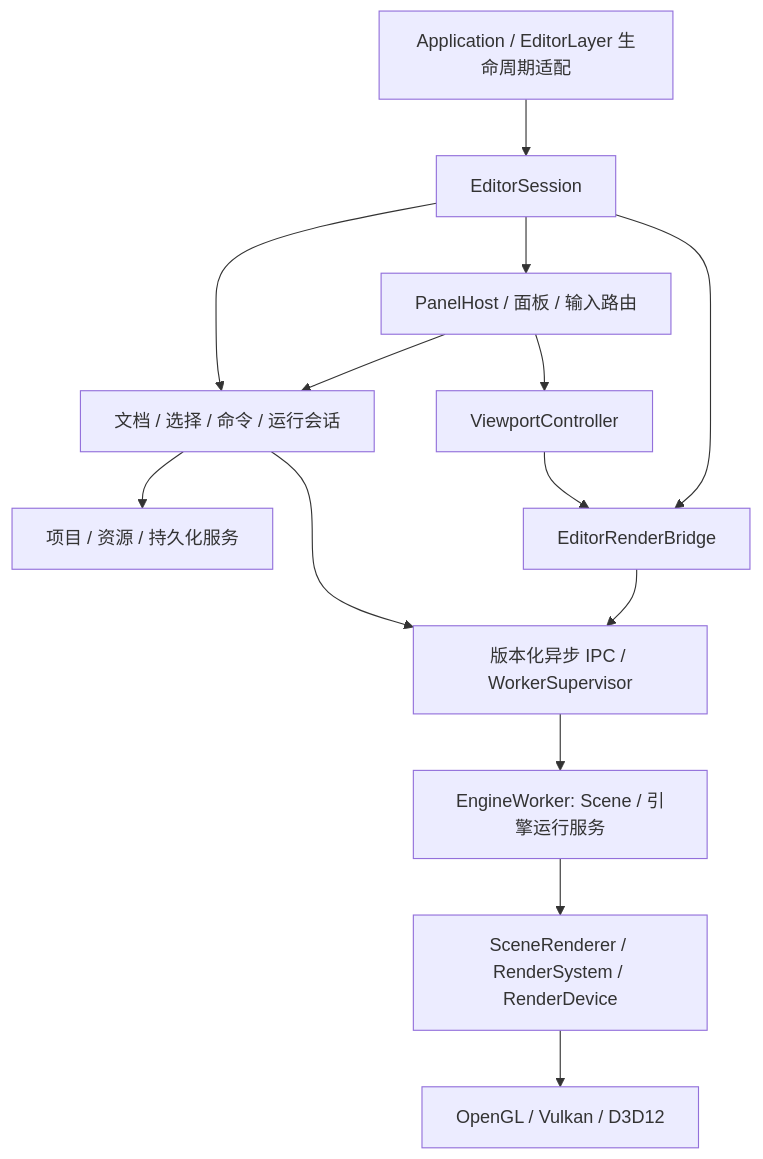
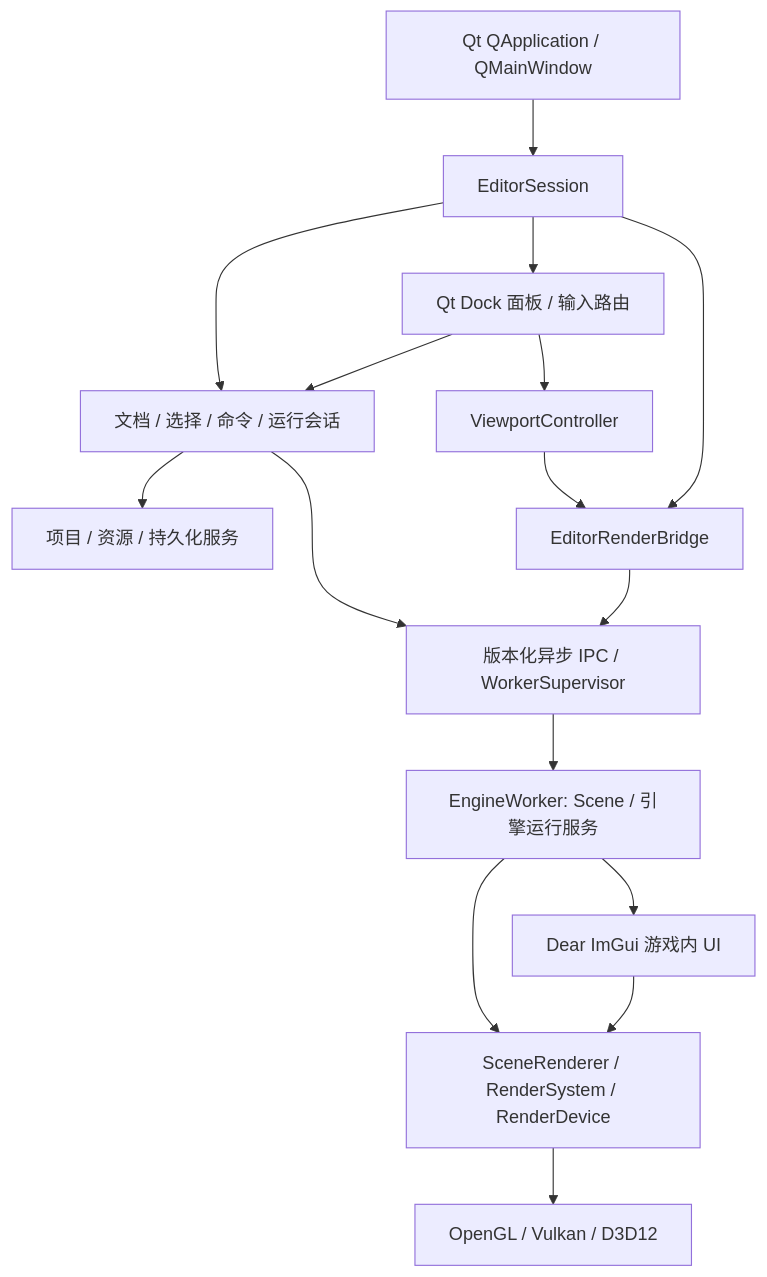
The diagram in Documentation/Architecture/Editor.md (Hidehiii/GEngine), drawn with Mermaid before and after one commit. The commit also changed other lines of this file and 10 other files, not shown here.

````diff
--- a/Documentation/Architecture/Editor.md
+++ b/Documentation/Architecture/Editor.md
@@ -43,16 +85,18 @@
 ```mermaid
 flowchart TD
-    App[Application / EditorLayer 生命周期适配] --> Session[EditorSession]
+    App[Qt QApplication / QMainWindow] --> Session[EditorSession]
     Session --> Core[文档 / 选择 / 命令 / 运行会话]
-    Session --> UI[PanelHost / 面板 / 输入路由]
+    Session --> UI[Qt Dock 面板 / 输入路由]
     UI --> Core
     Session --> Bridge[EditorRenderBridge]
     UI --> View[ViewportController]
     View --> Bridge
     Core --> Services[项目 / 资源 / 持久化服务]
     Core --> IPC[版本化异步 IPC / WorkerSupervisor]
     Bridge --> IPC
     IPC --> Engine[EngineWorker: Scene / 引擎运行服务]
     Engine --> Render[SceneRenderer / RenderSystem / RenderDevice]
+    Engine --> GameUI[Dear ImGui 游戏内 UI]
+    GameUI --> Render
     Render --> Backends[OpenGL / Vulkan / D3D12]
 ```
````
